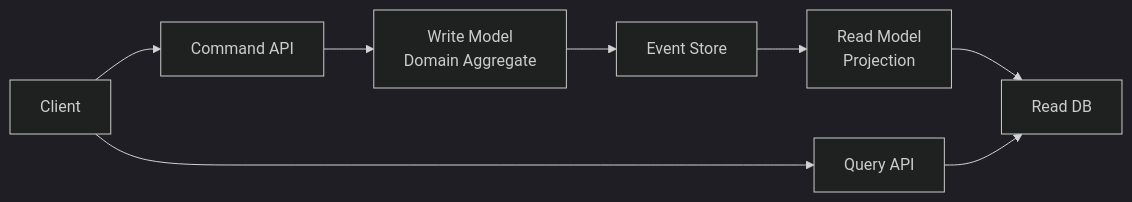
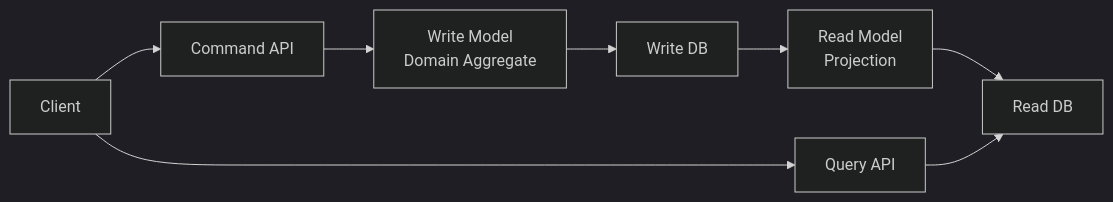
The tenth of 12 diagrams in guides/architecture-pattern-diagram-guide.md (ryujt/project-guides), drawn with Mermaid (dark theme) before and after one commit. The commit also changed other lines of this file and 30 other files, not shown here.

````diff
--- a/guides/architecture-pattern-diagram-guide.md
+++ b/guides/architecture-pattern-diagram-guide.md
@@ -383,18 +397,18 @@
 ```mermaid
 flowchart LR
     Client["Client"]
     CommandAPI["Command API"]
     QueryAPI["Query API"]
     WriteModel["Write Model<br/>Domain Aggregate"]
     ReadModel["Read Model<br/>Projection"]
-    EventStore["Event Store"]
+    WriteDB["Write DB"]
     ReadDB["Read DB"]
 
     Client --> CommandAPI
     Client --> QueryAPI
     CommandAPI --> WriteModel
-    WriteModel --> EventStore
-    EventStore --> ReadModel
+    WriteModel --> WriteDB
+    WriteDB --> ReadModel
     ReadModel --> ReadDB
     QueryAPI --> ReadDB
 ```
````
